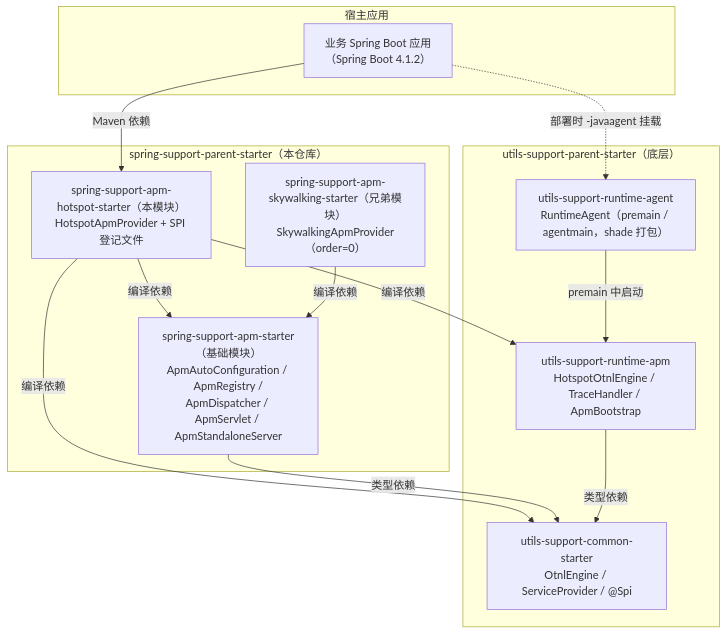
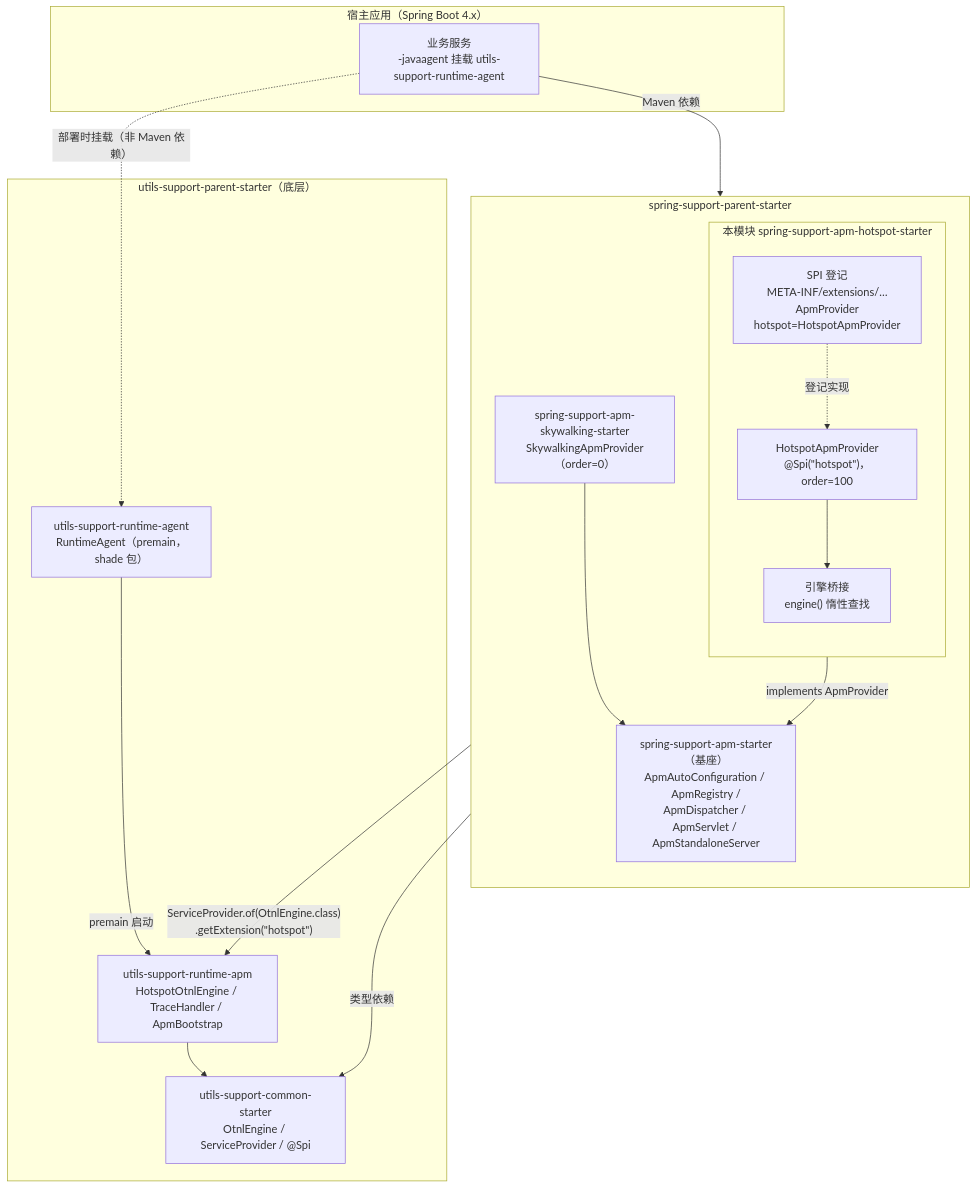
One commit to CHTK001/spring-support-parent-starter changed the first of 2 diagrams in spring-support-apm-hotspot-starter/README.md. Above: the diagram before and after it, drawn with Mermaid. The commit also changed other lines of this file and 54 other files, not shown here.

````diff
--- a/spring-support-apm-hotspot-starter/README.md
+++ b/spring-support-apm-hotspot-starter/README.md
@@ -14,28 +7,35 @@
 ```mermaid
-graph TB
-    subgraph HOST["宿主应用"]
-        APP["业务 Spring Boot 应用<br/>（Spring Boot 4.1.2）"]
+flowchart TB
+    subgraph HOST["宿主应用（Spring Boot 4.x）"]
+        APP["业务服务<br/>-javaagent 挂载 utils-support-runtime-agent"]
     end
 
-    subgraph SSP["spring-support-parent-starter（本仓库）"]
-        HOT["spring-support-apm-hotspot-starter（本模块）<br/>HotspotApmProvider + SPI 登记文件"]
-        BASE["spring-support-apm-starter（基础模块）<br/>ApmAutoConfiguration / ApmRegistry /<br/>ApmDispatcher / ApmServlet / ApmStandaloneServer"]
-        SKY["spring-support-apm-skywalking-starter（兄弟模块）<br/>SkywalkingApmProvider（order=0）"]
+    subgraph SSP["spring-support-parent-starter"]
+        direction TB
+        subgraph SELF["本模块 spring-support-apm-hotspot-starter"]
+            direction TB
+            SPIF["SPI 登记<br/>META-INF/extensions/…ApmProvider<br/>hotspot=HotspotApmProvider"]
+            PROV["HotspotApmProvider<br/>@Spi(&quot;hotspot&quot;)，order=100"]
+            BRIDGE["引擎桥接<br/>engine() 惰性查找"]
+        end
+        BASE["spring-support-apm-starter（基座）<br/>ApmAutoConfiguration / ApmRegistry /<br/>ApmDispatcher / ApmServlet / ApmStandaloneServer"]
+        SKY["spring-support-apm-skywalking-starter<br/>SkywalkingApmProvider（order=0）"]
     end
 
     subgraph UTILS["utils-support-parent-starter（底层）"]
-        RT["utils-support-runtime-apm<br/>HotspotOtnlEngine / TraceHandler / ApmBootstrap"]
-        AGENT["utils-support-runtime-agent<br/>RuntimeAgent（premain / agentmain，shade 打包）"]
+        ENG["utils-support-runtime-apm<br/>HotspotOtnlEngine / TraceHandler / ApmBootstrap"]
+        AGENT["utils-support-runtime-agent<br/>RuntimeAgent（premain，shade 包）"]
         COMMON["utils-support-common-starter<br/>OtnlEngine / ServiceProvider / @Spi"]
     end
 
-    APP -->|"Maven 依赖"| HOT
-    APP -.->|"部署时 -javaagent 挂载"| AGENT
-    HOT -->|"编译依赖"| BASE
-    HOT -->|"编译依赖"| RT
-    HOT -->|"编译依赖"| COMMON
-    SKY -->|"编译依赖"| BASE
-    AGENT -->|"premain 中启动"| RT
+    APP -->|"Maven 依赖"| SELF
+    APP -.->|"部署时挂载（非 Maven 依赖）"| AGENT
+    SPIF -.->|"登记实现"| PROV
+    PROV --> BRIDGE
+    BRIDGE -->|"ServiceProvider.of(OtnlEngine.class)<br/>.getExtension(&quot;hotspot&quot;)"| ENG
+    PROV -->|"implements ApmProvider"| BASE
+    SKY --> BASE
     BASE -->|"类型依赖"| COMMON
-    RT -->|"类型依赖"| COMMON
+    ENG --> COMMON
+    AGENT -->|"premain 启动"| ENG
 ```
````
